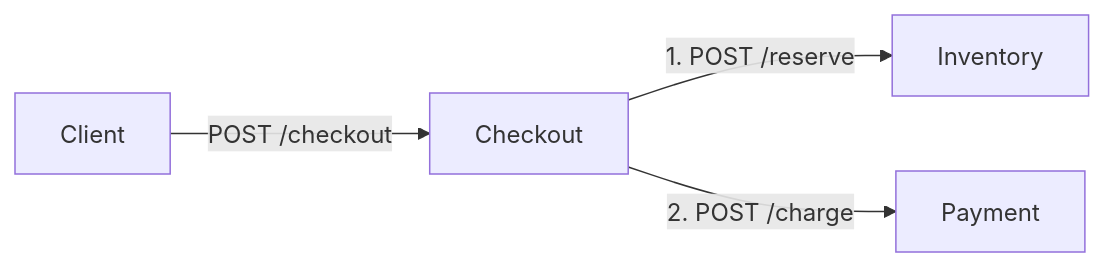
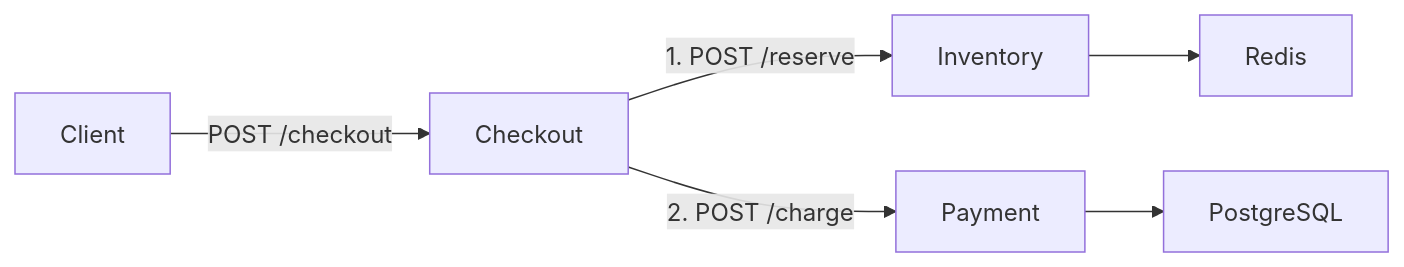
The diagram in README.md (OzielSauceda/aegis-resilience-platform), drawn with Mermaid before and after one commit. The commit also changed other lines of this file and 25 other files, not shown here.

````diff
--- a/README.md
+++ b/README.md
@@ -9,6 +9,8 @@
 ```mermaid
 flowchart LR
     Client -->|POST /checkout| Checkout
     Checkout -->|1. POST /reserve| Inventory
     Checkout -->|2. POST /charge| Payment
+    Inventory --> Redis
+    Payment --> PostgreSQL
 ```
````
